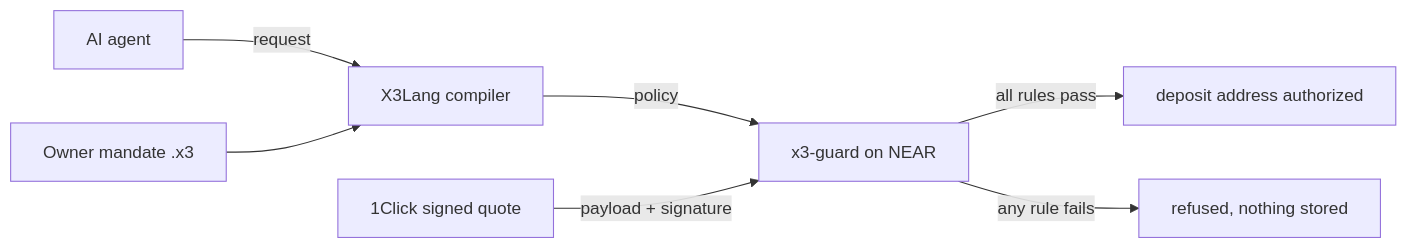
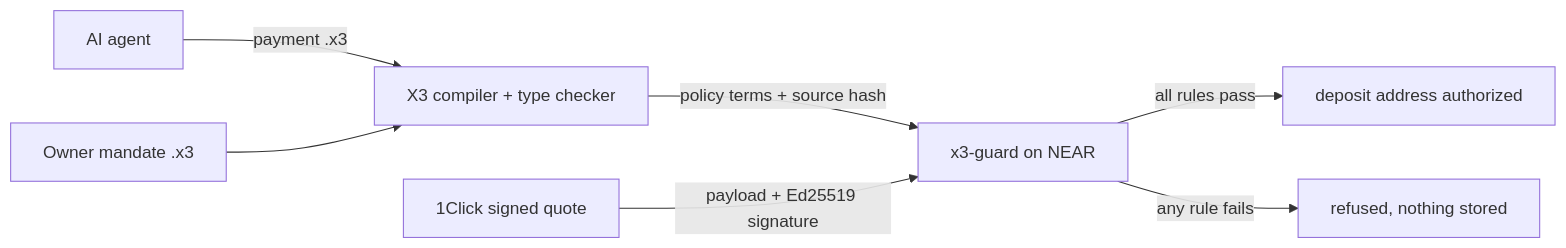
The diagram in README.md (Cyptopimpinainteazy/x3lang), drawn with Mermaid before and after one commit. The commit also changed other lines of this file and 2 other files, not shown here.

````diff
--- a/README.md
+++ b/README.md
@@ -38,9 +64,9 @@
 ```mermaid
 flowchart LR
-    A[AI agent] -->|request| C[X3Lang compiler]
+    A[AI agent] -->|payment .x3| C[X3 compiler + type checker]
     O[Owner mandate .x3] --> C
-    C -->|policy| G[x3-guard on NEAR]
-    Q[1Click signed quote] -->|payload + signature| G
+    C -->|policy terms + source hash| G[x3-guard on NEAR]
+    Q[1Click signed quote] -->|payload + Ed25519 signature| G
     G -->|all rules pass| D[deposit address authorized]
     G -->|any rule fails| R[refused, nothing stored]
 ```
````
